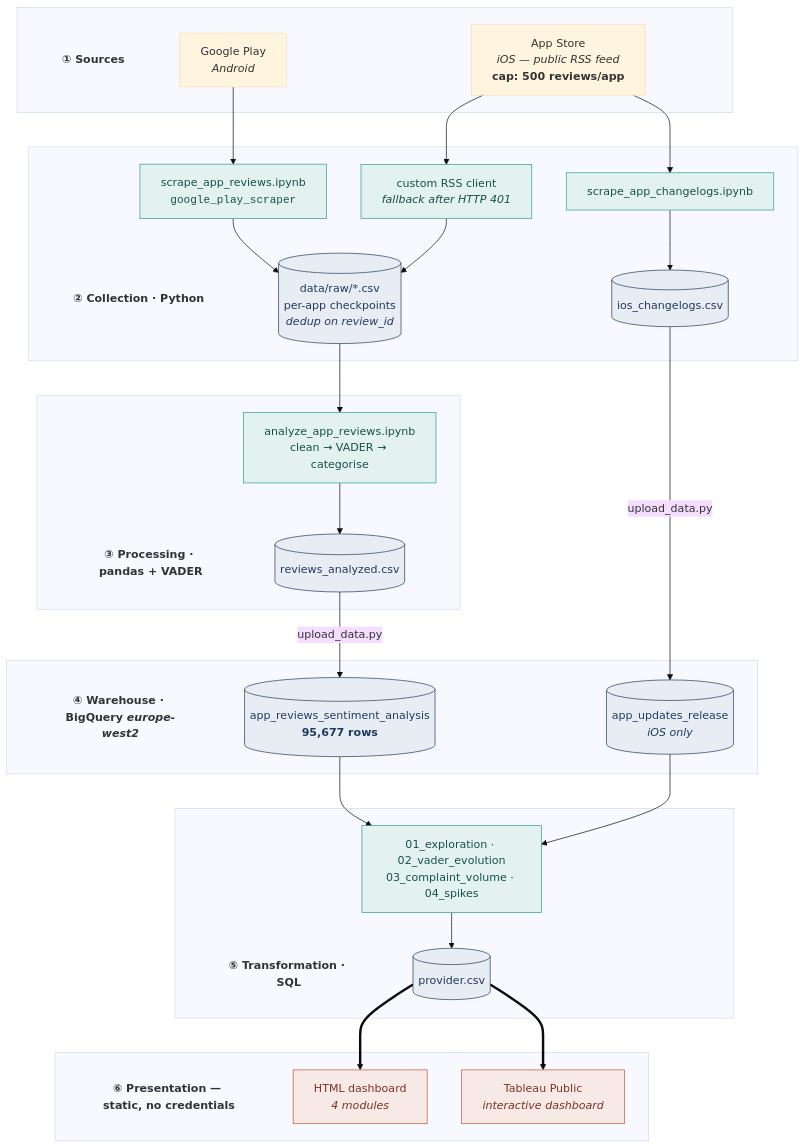
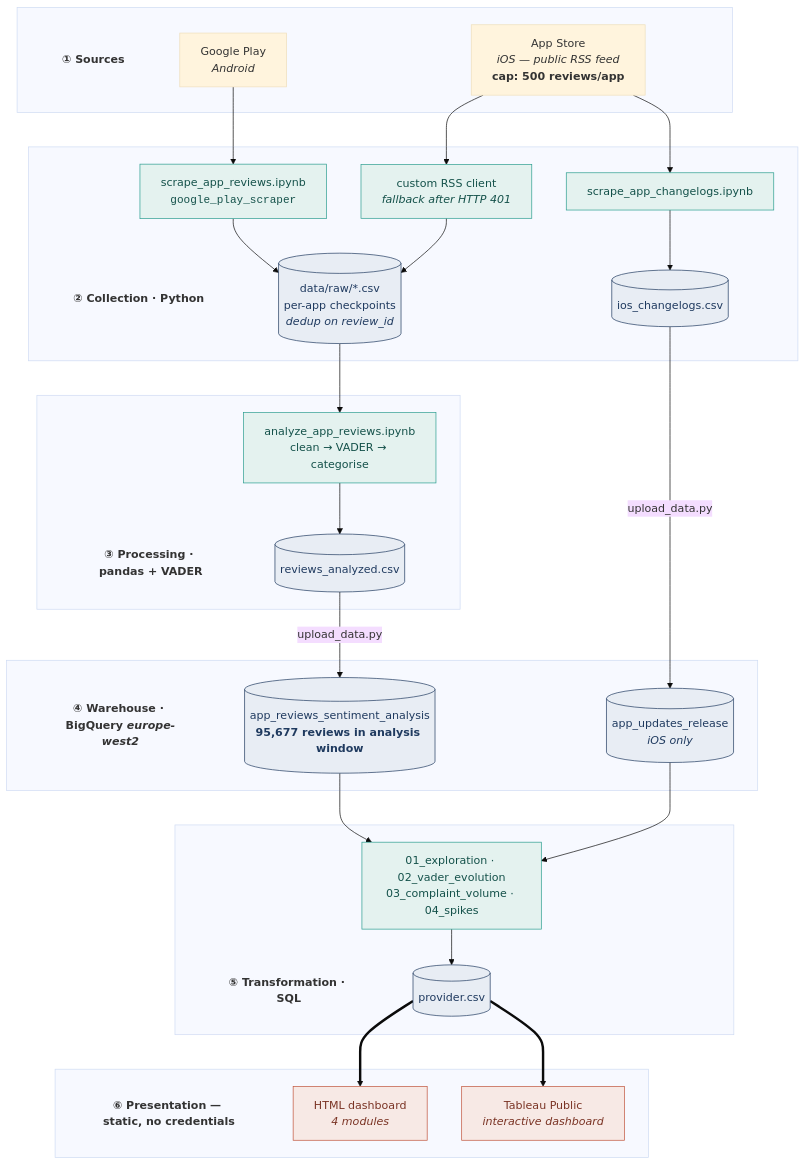
The first of 2 diagrams in README.md (tomasb1805/banking-apps-sentiment-scoring), drawn with Mermaid (base theme) before and after one commit. The commit also changed other lines of this file, not shown here.

````diff
--- a/README.md
+++ b/README.md
@@ -108,66 +108,66 @@
 ```mermaid
 flowchart TB
     subgraph SRC[" "]
         SRCT["① Sources"]
         GP["Google Play<br/><i>Android</i>"]
         AS["App Store<br/><i>iOS — public RSS feed</i><br/><b>cap: 500 reviews/app</b>"]
     end
 
     subgraph COL[" "]
         COLT["② Collection · Python"]
         SC1["scrape_app_reviews.ipynb<br/><code>google_play_scraper</code>"]
         SC2["custom RSS client<br/><i>fallback after HTTP 401</i>"]
         SC3["scrape_app_changelogs.ipynb"]
         CKPT[("data/raw/*.csv<br/>per-app checkpoints<br/><i>dedup on review_id</i>")]
         VERS[("ios_changelogs.csv")]
     end
 
     subgraph PROC[" "]
         PROCT["③ Processing · pandas + VADER"]
         CLEAN["analyze_app_reviews.ipynb<br/>clean → VADER → categorise"]
         OUT[("reviews_analyzed.csv")]
     end
 
     subgraph BQ[" "]
         BQT["④ Warehouse · BigQuery <i>europe-west2</i>"]
-        FACT[("app_reviews_sentiment_analysis<br/><b>95,677 rows</b>")]
+        FACT[("app_reviews_sentiment_analysis<br/><b>95,677 reviews in analysis window</b>")]
         REL[("app_updates_release<br/><i>iOS only</i>")]
     end
 
     subgraph SQL[" "]
         SQLT["⑤ Transformation · SQL"]
         Q["01_exploration · 02_vader_evolution<br/>03_complaint_volume · 04_spikes"]
         EXP[("provider.csv")]
     end
 
     subgraph PRES[" "]
         PREST["⑥ Presentation — static, no credentials"]
         HTML["HTML dashboard<br/><i>4 modules</i>"]
         TAB["Tableau Public<br/><i>interactive dashboard</i>"]
     end
 
     GP --> SC1 --> CKPT
     AS --> SC2 --> CKPT
     AS --> SC3 --> VERS
 
     CKPT --> CLEAN --> OUT
     OUT -->|upload_data.py| FACT
     VERS -->|upload_data.py| REL
 
     FACT --> Q
     REL --> Q
     Q --> EXP
 
     EXP ==> HTML
     EXP ==> TAB
 
     classDef hdr fill:none,stroke:none,font-weight:bold
     class SRCT,COLT,PROCT,BQT,SQLT,PREST hdr
     classDef store fill:#E8EDF4,stroke:#1F3A5F,stroke-width:1px,color:#1F3A5F
     classDef proc fill:#E4F2EF,stroke:#2A9D8F,stroke-width:1px,color:#14514A
     classDef pres fill:#F7E9E5,stroke:#C0533A,stroke-width:1px,color:#7A3324
     class CKPT,VERS,OUT,FACT,REL,EXP store
     class SC1,SC2,SC3,CLEAN,Q proc
     class HTML,TAB pres
 
 ```
````
